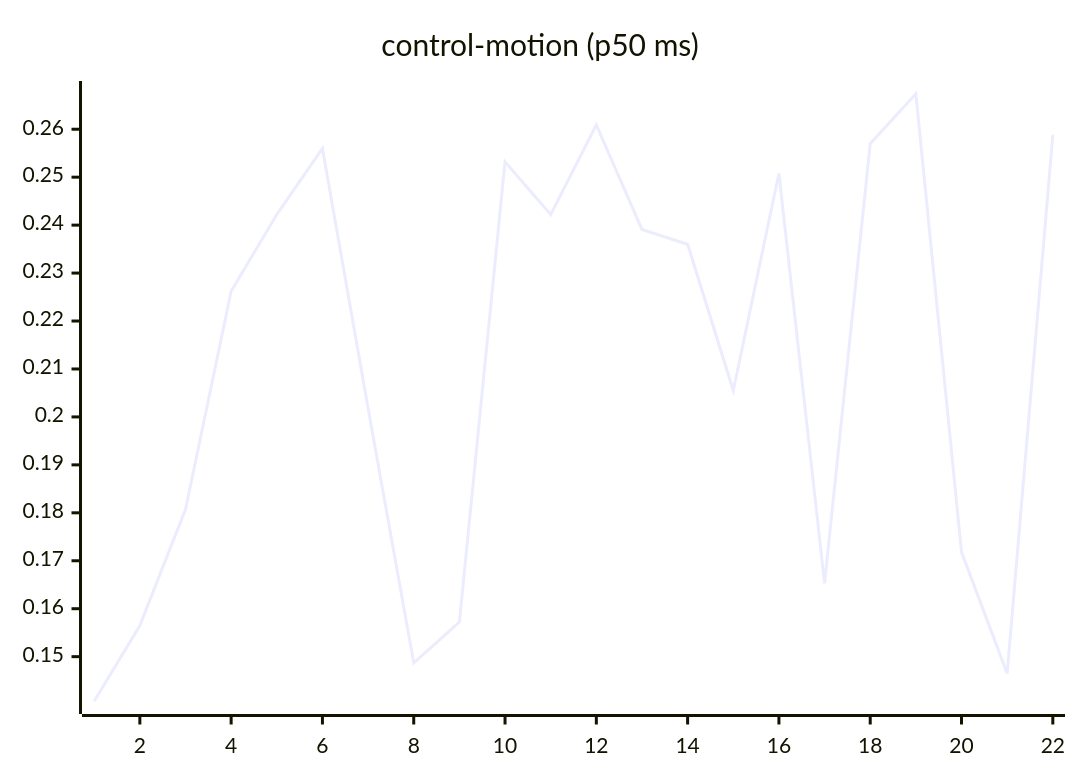
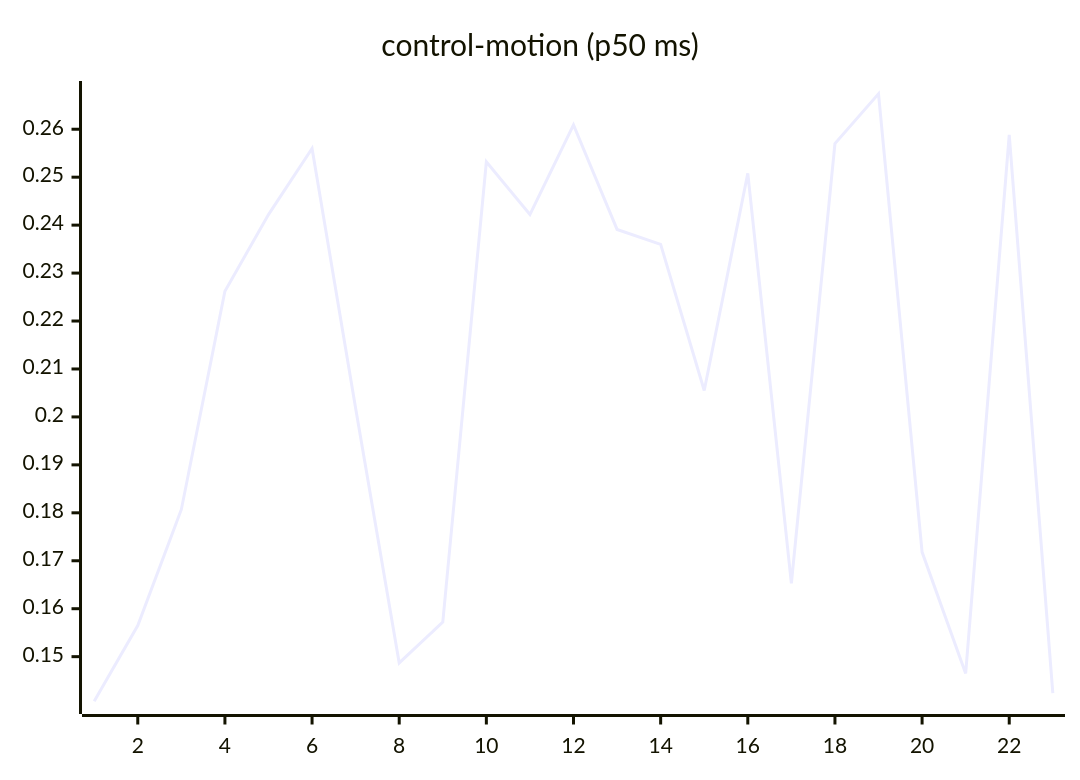
The seventh of 27 diagrams in README.md (josha/Facet), drawn with Mermaid before and after one commit. The commit also changed other lines of this file and 2 other files, not shown here.

````diff
--- a/README.md
+++ b/README.md
@@ -105,6 +105,6 @@
 ```mermaid
 xychart-beta
     title "control-motion (p50 ms)"
-    x-axis 1 --> 22
-    line [0.1407, 0.1565, 0.1807, 0.2262, 0.2422, 0.2560, 0.2018, 0.1487, 0.1572, 0.2532, 0.2422, 0.2609, 0.2391, 0.2360, 0.2055, 0.2508, 0.1653, 0.2570, 0.2674, 0.1718, 0.1465, 0.2588]
+    x-axis 1 --> 23
+    line [0.1407, 0.1565, 0.1807, 0.2262, 0.2422, 0.2560, 0.2018, 0.1487, 0.1572, 0.2532, 0.2422, 0.2609, 0.2391, 0.2360, 0.2055, 0.2508, 0.1653, 0.2570, 0.2674, 0.1718, 0.1465, 0.2588, 0.1424]
 ```
````
